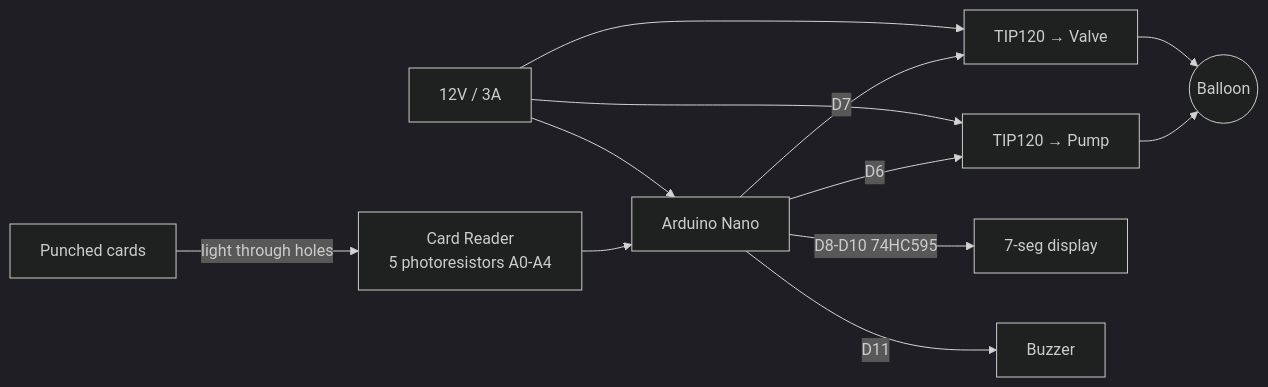
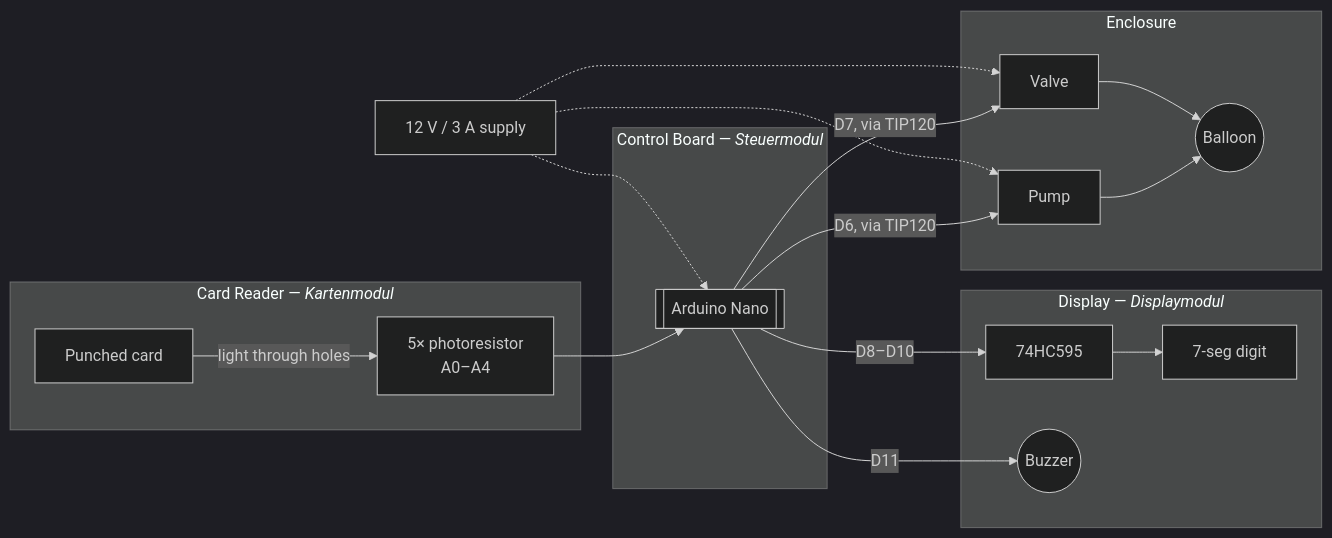
One commit to d-rk/boomballon changed the diagram in docs/src/build-guide/overview-bom.md. Above: the diagram before and after it, drawn with Mermaid (dark theme). The commit also changed other lines of this file and 8 other files, not shown here.

````diff
--- a/docs/src/build-guide/overview-bom.md
+++ b/docs/src/build-guide/overview-bom.md
@@ -42,12 +32,30 @@
 ```mermaid
 flowchart LR
-  Cards[Punched cards] -->|light through holes| Reader[Card Reader<br/>5 photoresistors A0-A4]
-  Reader --> MCU[Arduino Nano]
-  MCU -->|D6| Pump[TIP120 → Pump]
-  MCU -->|D7| Valve[TIP120 → Valve]
-  Pump --> Balloon((Balloon))
-  Valve --> Balloon
-  MCU -->|D8-D10 74HC595| Disp[7-seg display]
-  MCU -->|D11| Buzz[Buzzer]
-  PSU[12V / 3A] --> MCU & Pump & Valve
+  subgraph CR["Card Reader — <i>Kartenmodul</i>"]
+    Card["Punched card"] -->|light through holes| Photo["5× photoresistor<br/>A0–A4"]
+  end
+
+  subgraph CB["Control Board — <i>Steuermodul</i>"]
+    MCU[["Arduino Nano"]]
+  end
+
+  subgraph DM["Display — <i>Displaymodul</i>"]
+    Shift["74HC595"] --> Seg["7-seg digit"]
+    Buzz(("Buzzer"))
+  end
+
+  subgraph EN["Enclosure"]
+    Pump["Pump"] --> Balloon(("Balloon"))
+    Valve["Valve"] --> Balloon
+  end
+
+  Photo --> MCU
+  MCU -->|"D6, via TIP120"| Pump
+  MCU -->|"D7, via TIP120"| Valve
+  MCU -->|"D8–D10"| Shift
+  MCU -->|"D11"| Buzz
+
+  PSU["12 V / 3 A supply"] -.-> MCU
+  PSU -.-> Pump
+  PSU -.-> Valve
 ```
````
